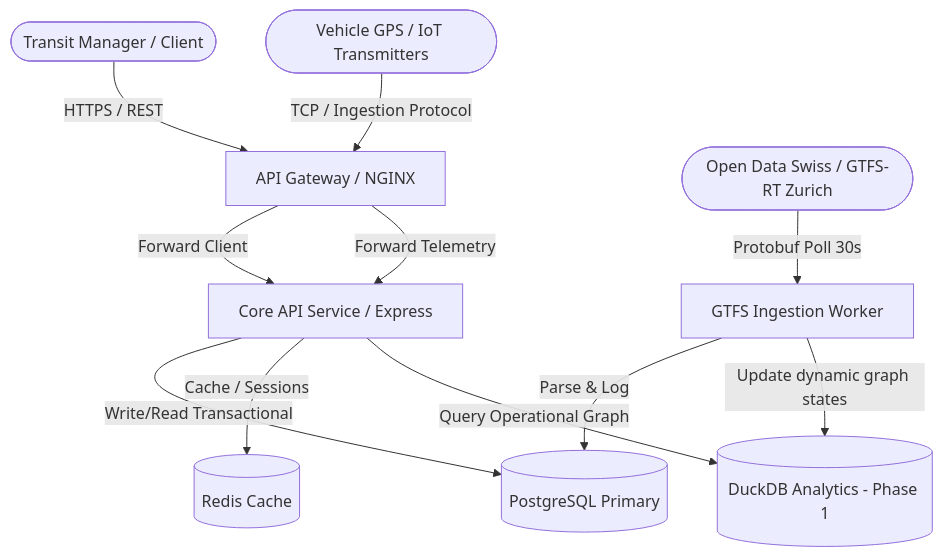
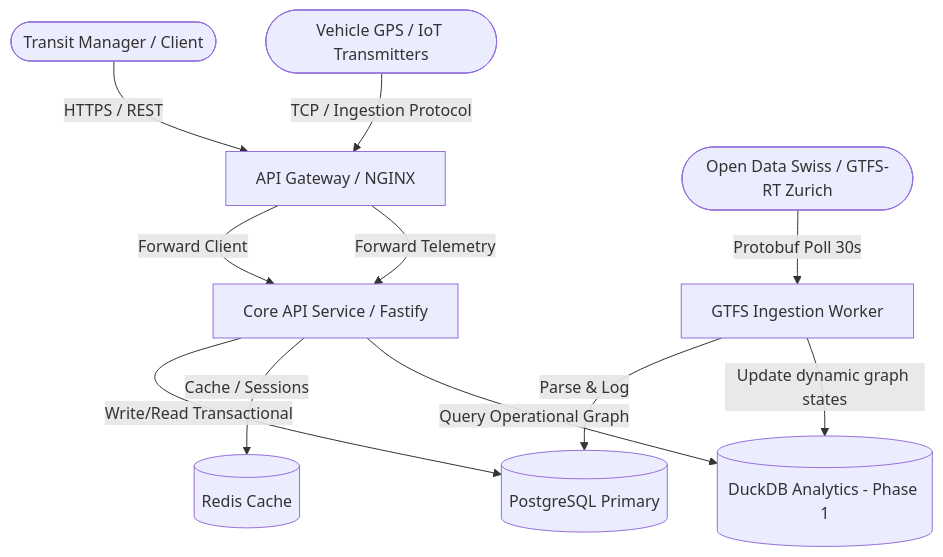
One commit to Shreyas-Agarwal/transit-intelligence changed the diagram in ARCHITECTURE.md. Above: the diagram before and after it, drawn with Mermaid. The commit also changed 5 other files, not shown here.

Commit message:
changed express to fastify

````diff
--- a/ARCHITECTURE.md
+++ b/ARCHITECTURE.md
@@ -11,17 +11,17 @@
 ```mermaid
 graph TD
     User([Transit Manager / Client]) -->|HTTPS / REST| Gateway[API Gateway / NGINX]
     GTFSFeed([Open Data Swiss / GTFS-RT Zurich]) -->|Protobuf Poll 30s| IngestionWorker[GTFS Ingestion Worker]
     IoT([Vehicle GPS / IoT Transmitters]) -->|TCP / Ingestion Protocol| Gateway
 
-    Gateway -->|Forward Client| API[Core API Service / Express]
+    Gateway -->|Forward Client| API[Core API Service / Fastify]
     Gateway -->|Forward Telemetry| API
 
     API -->|Write/Read Transactional| DB[(PostgreSQL Primary)]
     API -->|Cache / Sessions| Cache[(Redis Cache)]
 
     IngestionWorker -->|Parse & Log| DB
     IngestionWorker -->|Update dynamic graph states| DuckDB[(DuckDB Analytics - Phase 1)]
 
     API -->|Query Operational Graph| DuckDB
 ```
````
